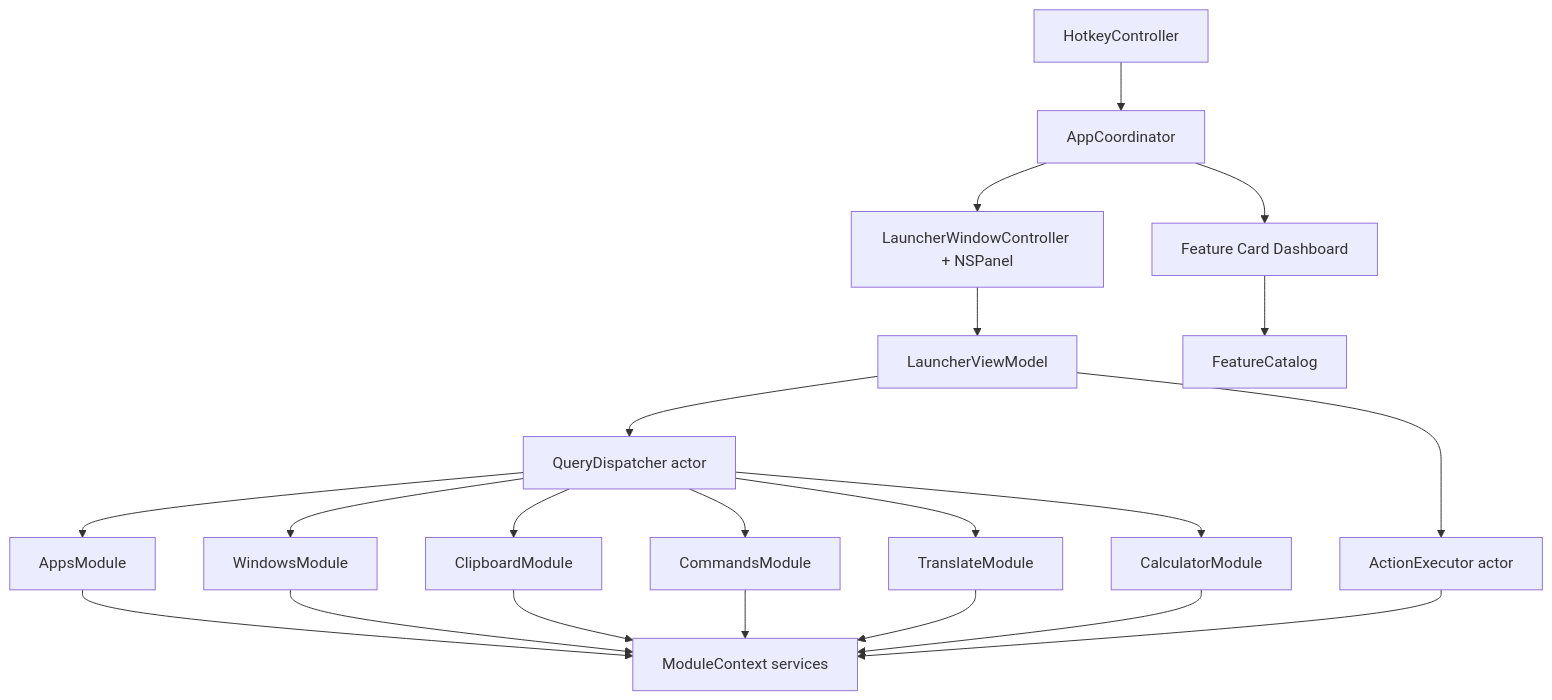
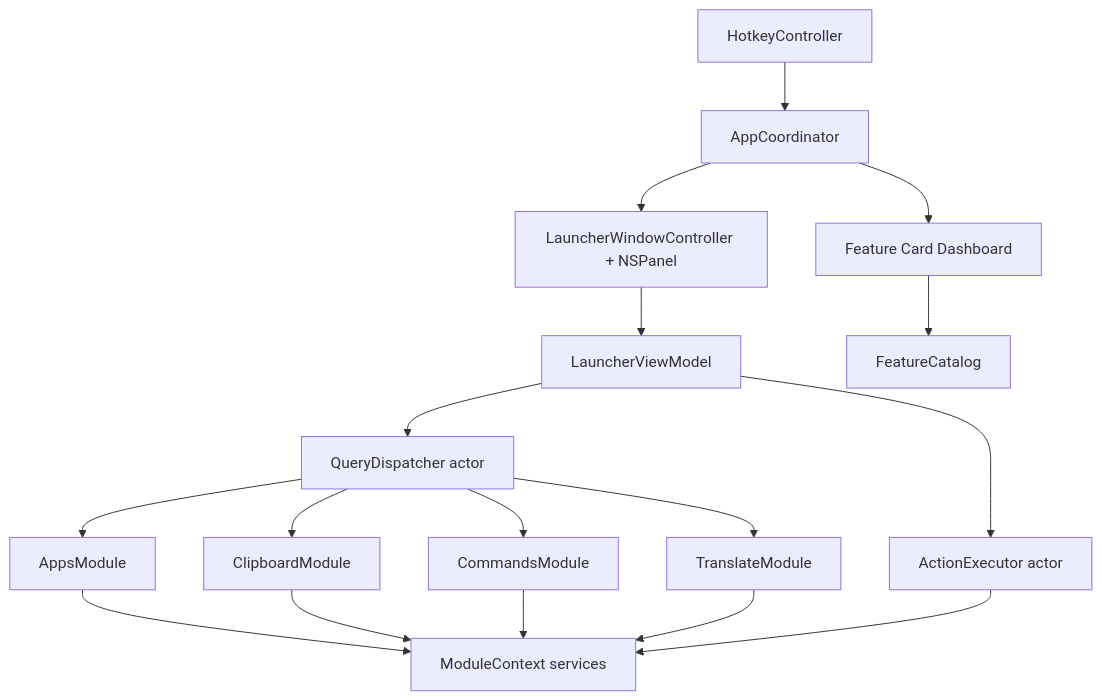
The diagram in docs/ARCHITECTURE.md (dyxnb22/Luma), drawn with Mermaid before and after one commit. The commit also changed other lines of this file and 34 other files, not shown here.

````diff
--- a/docs/ARCHITECTURE.md
+++ b/docs/ARCHITECTURE.md
@@ -7,23 +7,19 @@
 ```mermaid
 flowchart TD
     Hotkey["HotkeyController"] --> Coordinator["AppCoordinator"]
     Coordinator --> Panel["LauncherWindowController + NSPanel"]
     Coordinator --> Cards["Feature Card Dashboard"]
     Panel --> VM["LauncherViewModel"]
     Cards --> CardCatalog["FeatureCatalog"]
     VM --> Dispatcher["QueryDispatcher actor"]
     Dispatcher --> Apps["AppsModule"]
-    Dispatcher --> Windows["WindowsModule"]
     Dispatcher --> Clipboard["ClipboardModule"]
     Dispatcher --> Commands["CommandsModule"]
     Dispatcher --> Translate["TranslateModule"]
-    Dispatcher --> Calculator["CalculatorModule"]
     Apps --> Services["ModuleContext services"]
-    Windows --> Services
     Clipboard --> Services
     Commands --> Services
     Translate --> Services
-    Calculator --> Services
     VM --> Executor["ActionExecutor actor"]
     Executor --> Services
 ```
````
